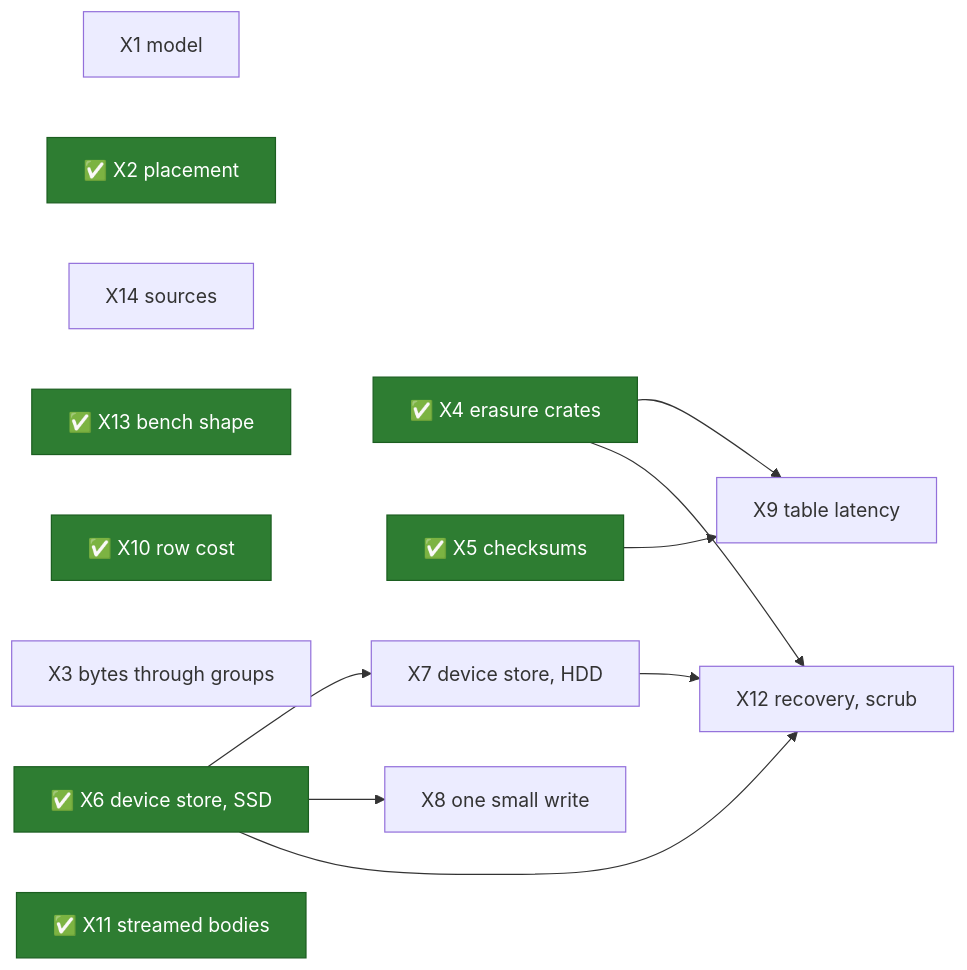
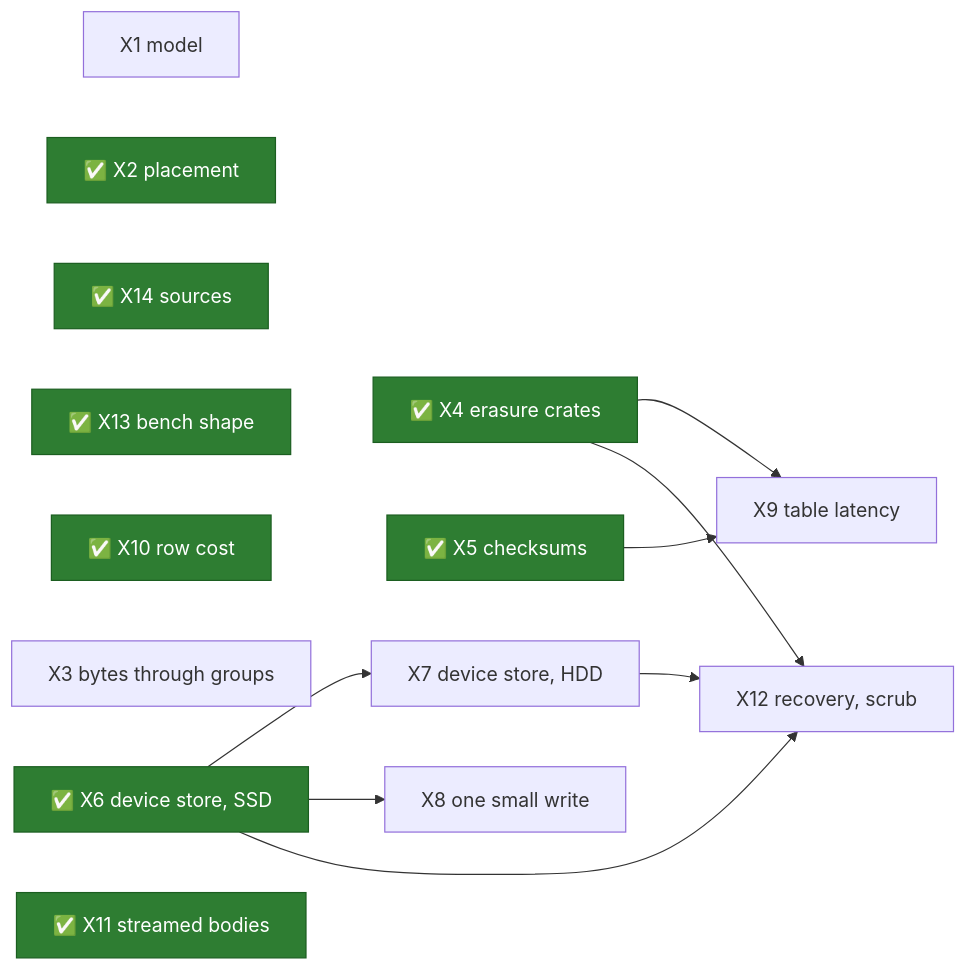
Before and after one commit to mjcarson/shoal: the diagram in docs/src/object-storage/spikes.md, drawn with Mermaid. The commit also changed other lines of this file and 38 other files, not shown here.

````diff
--- a/docs/src/object-storage/spikes.md
+++ b/docs/src/object-storage/spikes.md
@@ -739,25 +767,25 @@
 ```mermaid
 flowchart LR
     classDef done fill:#2e7d32,stroke:#1b5e20,color:#ffffff
     X1["X1 model"]
     X2["✅ X2 placement"]:::done
-    X14["X14 sources"]
+    X14["✅ X14 sources"]:::done
     X13["✅ X13 bench shape"]:::done
     X10["✅ X10 row cost"]:::done
     X3["X3 bytes through groups"]
     X4["✅ X4 erasure crates"]:::done
     X5["✅ X5 checksums"]:::done
     X6["✅ X6 device store, SSD"]:::done
     X7["X7 device store, HDD"]
     X8["X8 one small write"]
     X9["X9 table latency"]
     X11["✅ X11 streamed bodies"]:::done
     X12["X12 recovery, scrub"]
     X4 --> X9
     X5 --> X9
     X6 --> X7
     X6 --> X8
     X4 --> X12
     X6 --> X12
     X7 --> X12
 ```
````
